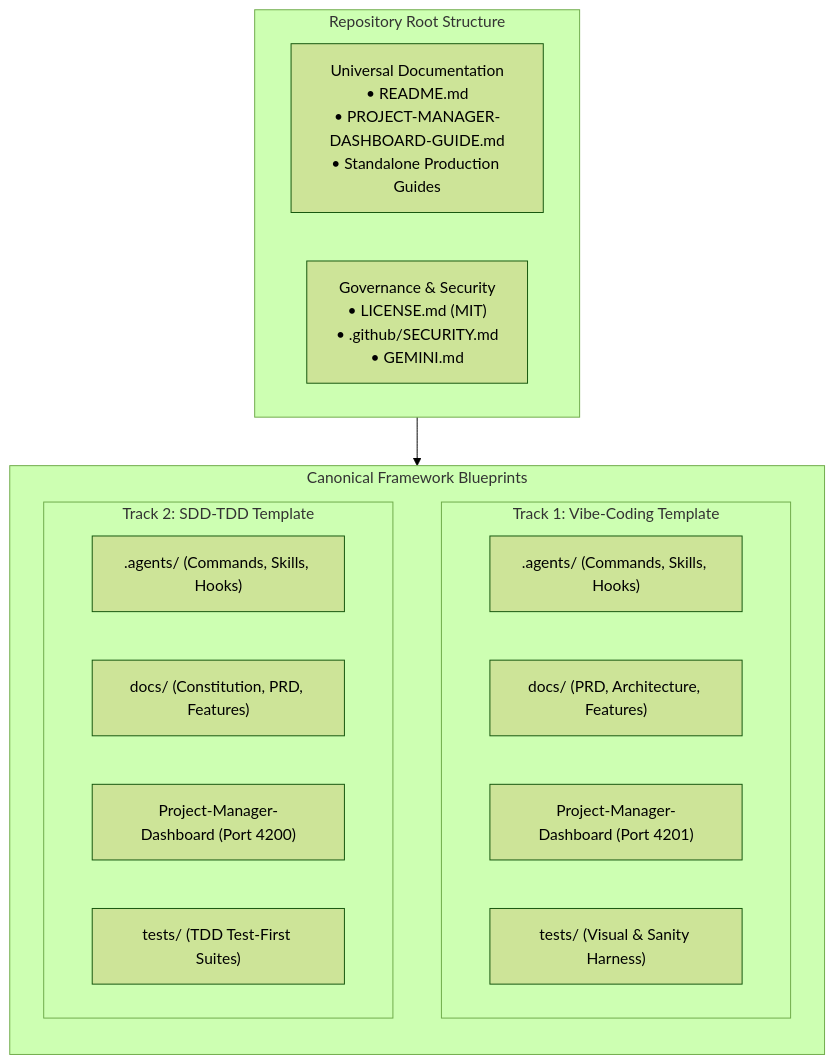
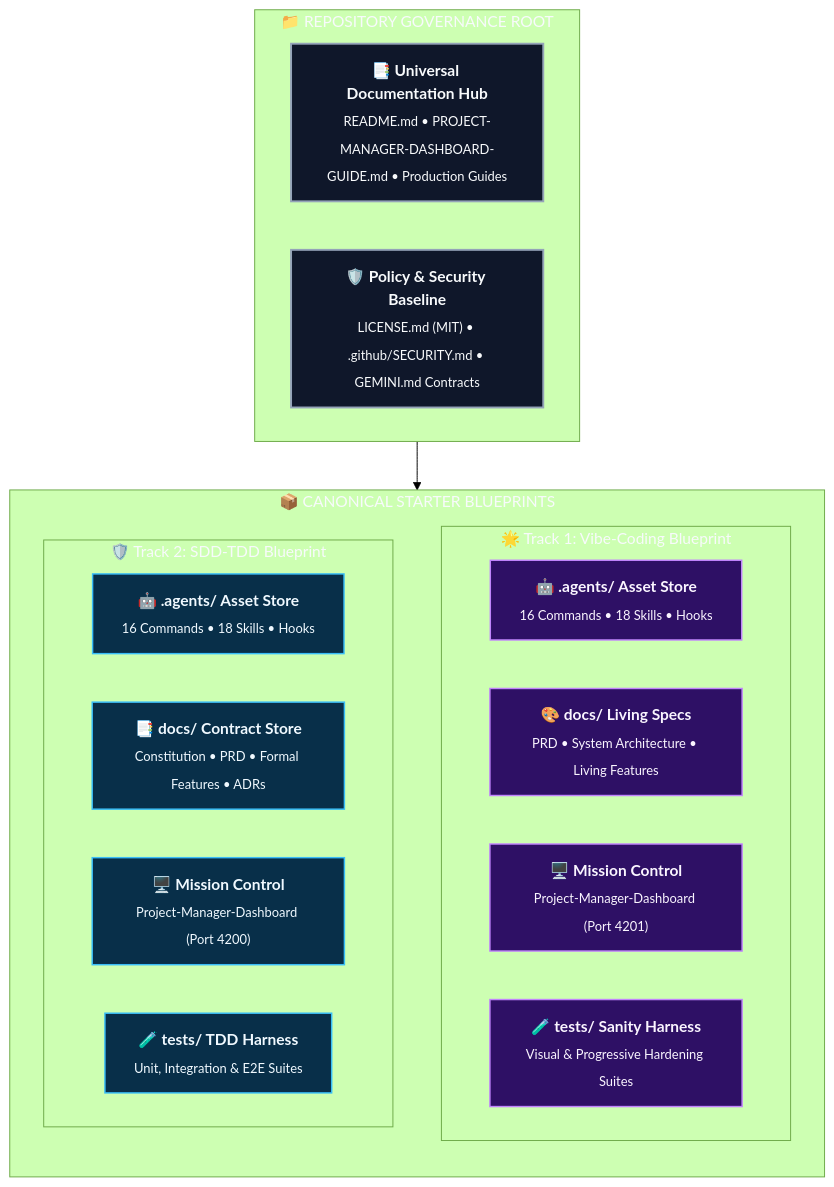
Before and after one commit to rmsofficialsyt/Agentic-AI-Vibe-Coding-AND-SDD-TDD-Codebase-Chandan-Adhikary: the fourth of 6 diagrams in README.md, drawn with Mermaid (forest theme). The commit also changed other lines of this file and 23 other files, not shown here.

Commit message:
docs: redesign diagrams to Eraser.io visual style and regenerate MANIFEST.json

````diff
--- a/README.md
+++ b/README.md
@@ -134,26 +151,30 @@
 ```mermaid
 flowchart TD
-    subgraph Root ["Repository Root Structure"]
-        RootDocs["Universal Documentation<br/>• README.md<br/>• PROJECT-MANAGER-DASHBOARD-GUIDE.md<br/>• Standalone Production Guides"]
-        RootGov["Governance & Security<br/>• LICENSE.md (MIT)<br/>• .github/SECURITY.md<br/>• GEMINI.md"]
+    classDef root fill:#0f172a,stroke:#94a3b8,stroke-width:2px,color:#f8fafc;
+    classDef vibe fill:#2e1065,stroke:#c084fc,stroke-width:1.5px,color:#faf5ff;
+    classDef sdd fill:#082f49,stroke:#38bdf8,stroke-width:1.5px,color:#f0f9ff;
+
+    subgraph Root ["📁 REPOSITORY GOVERNANCE ROOT"]
+        RootDocs["<b>📑 Universal Documentation Hub</b><br/><sub>README.md • PROJECT-MANAGER-DASHBOARD-GUIDE.md • Production Guides</sub>"]:::root
+        RootGov["<b>🛡️ Policy & Security Baseline</b><br/><sub>LICENSE.md (MIT) • .github/SECURITY.md • GEMINI.md Contracts</sub>"]:::root
     end
 
-    subgraph StarterTemplates ["Canonical Framework Blueprints"]
+    subgraph StarterTemplates ["📦 CANONICAL STARTER BLUEPRINTS"]
         direction TB
-        subgraph T1Template ["Track 1: Vibe-Coding Template"]
-            T1Agents[".agents/ (Commands, Skills, Hooks)"]
-            T1Docs["docs/ (PRD, Architecture, Features)"]
-            T1Dash["Project-Manager-Dashboard (Port 4201)"]
-            T1Tests["tests/ (Visual & Sanity Harness)"]
+        subgraph T1Template ["🌟 Track 1: Vibe-Coding Blueprint"]
+            T1Agents["<b>🤖 .agents/ Asset Store</b><br/><sub>16 Commands • 18 Skills • Hooks</sub>"]:::vibe
+            T1Docs["<b>🎨 docs/ Living Specs</b><br/><sub>PRD • System Architecture • Living Features</sub>"]:::vibe
+            T1Dash["<b>🖥️ Mission Control</b><br/><sub>Project-Manager-Dashboard (Port 4201)</sub>"]:::vibe
+            T1Tests["<b>🧪 tests/ Sanity Harness</b><br/><sub>Visual & Progressive Hardening Suites</sub>"]:::vibe
         end
 
-        subgraph T2Template ["Track 2: SDD-TDD Template"]
-            T2Agents[".agents/ (Commands, Skills, Hooks)"]
-            T2Docs["docs/ (Constitution, PRD, Features)"]
-            T2Dash["Project-Manager-Dashboard (Port 4200)"]
-            T2Tests["tests/ (TDD Test-First Suites)"]
+        subgraph T2Template ["🛡️ Track 2: SDD-TDD Blueprint"]
+            T2Agents["<b>🤖 .agents/ Asset Store</b><br/><sub>16 Commands • 18 Skills • Hooks</sub>"]:::sdd
+            T2Docs["<b>📑 docs/ Contract Store</b><br/><sub>Constitution • PRD • Formal Features • ADRs</sub>"]:::sdd
+            T2Dash["<b>🖥️ Mission Control</b><br/><sub>Project-Manager-Dashboard (Port 4200)</sub>"]:::sdd
+            T2Tests["<b>🧪 tests/ TDD Harness</b><br/><sub>Unit, Integration & E2E Suites</sub>"]:::sdd
         end
     end
 
     Root --> StarterTemplates
 ```
````
